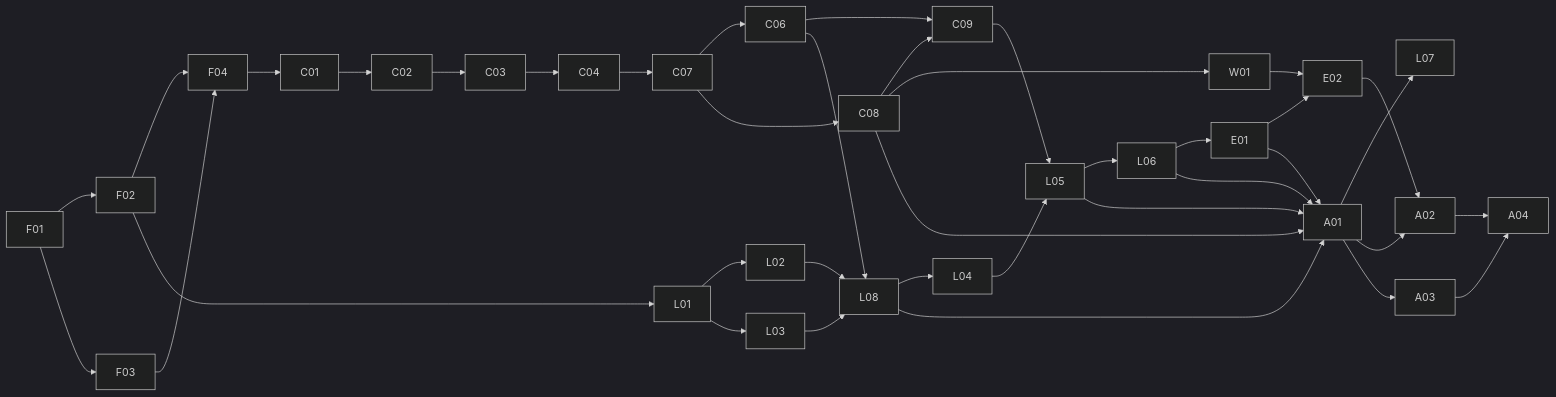
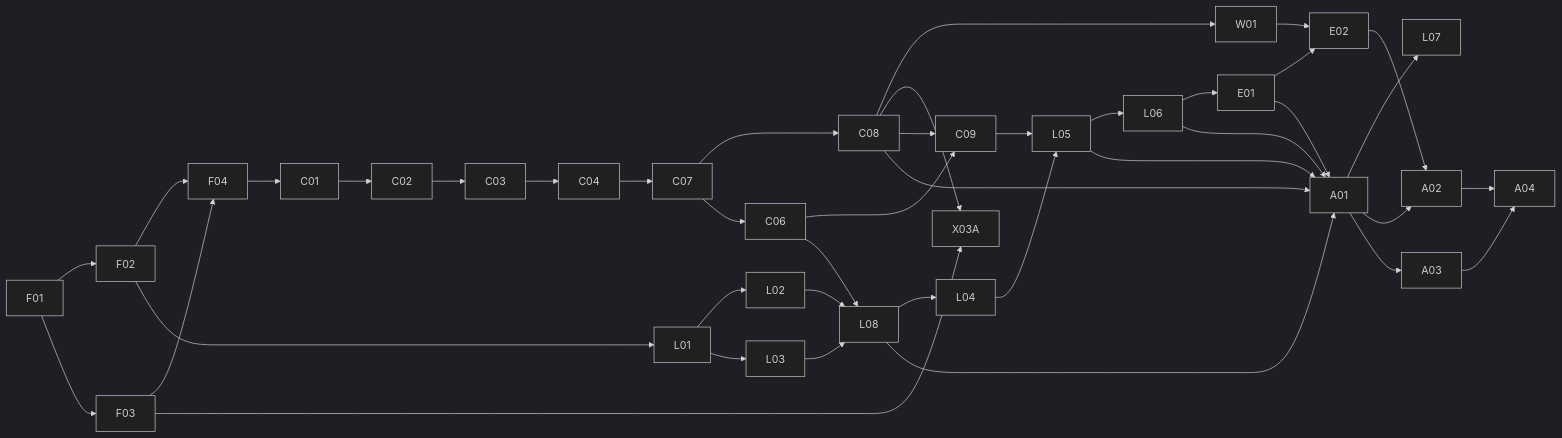
The third of 3 diagrams in docs/work-packages/README.md (bigfatboard/bfb), drawn with Mermaid (dark theme) before and after one commit. The commit also changed other lines of this file and 15 other files, not shown here.

````diff
--- a/docs/work-packages/README.md
+++ b/docs/work-packages/README.md
@@ -445,24 +456,27 @@
 ```mermaid
 flowchart LR
     F01 --> F02 --> F04 --> C01 --> C02 --> C03 --> C04 --> C07
     F01 --> F03 --> F04
+    C07 --> C08 --> W01
+    C08 --> X03A
+    F03 --> X03A
     C07 --> C06 --> C09
-    C07 --> C08 --> C09
+    C08 --> C09
     F02 --> L01 --> L02 --> L08
     L01 --> L03 --> L08
     C06 --> L08 --> L04 --> L05
     C09 --> L05 --> L06 --> E01
-    C08 --> W01 --> E02
+    W01 --> E02
     E01 --> E02
     C08 --> A01
     E01 --> A01
     L05 --> A01
     L06 --> A01
     L08 --> A01
     A01 --> L07
     A01 --> A02
     E02 --> A02
     A01 --> A03
     A02 --> A04
     A03 --> A04
 ```
````
